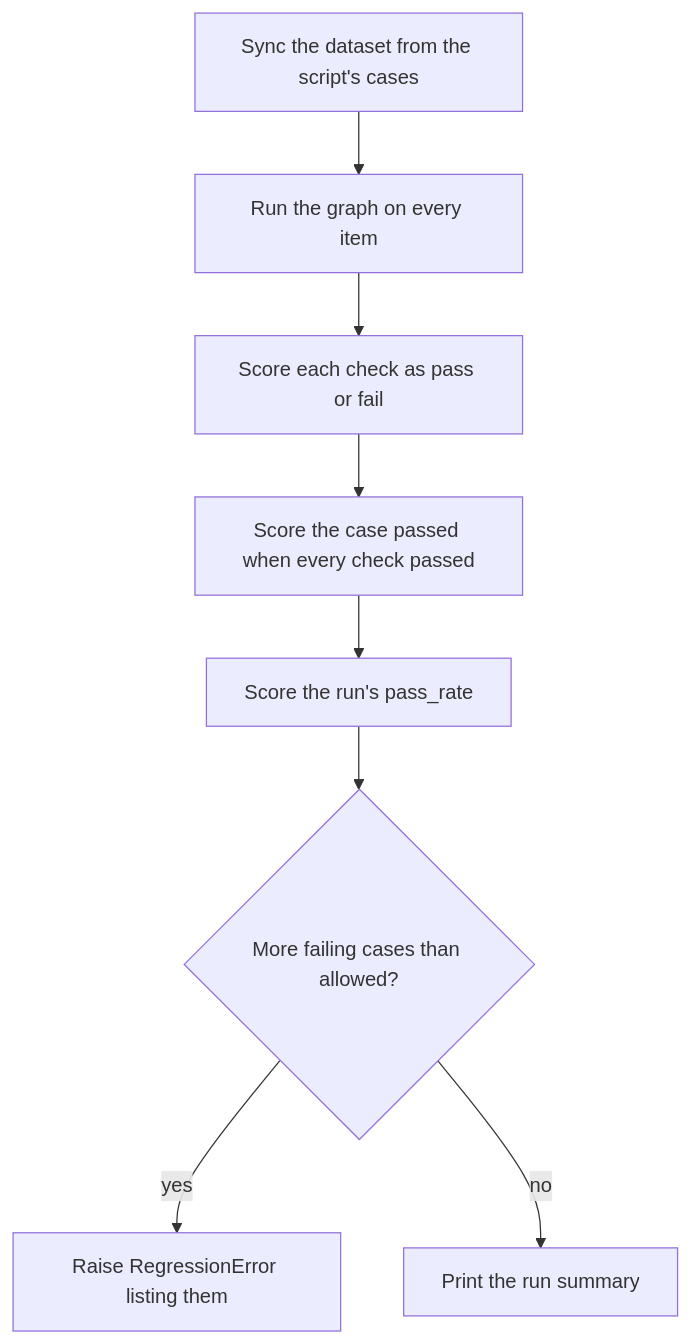
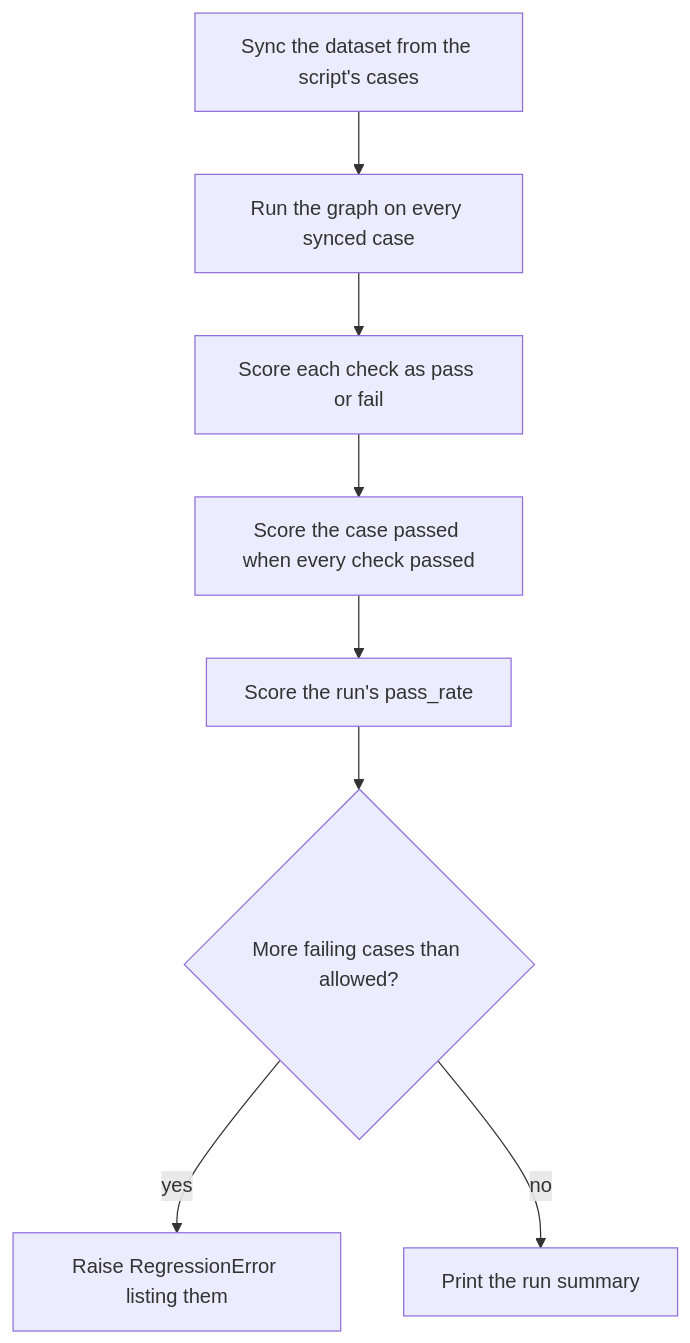
Before and after one commit to ilkersigirci/langgraph-openai-serve: the diagram in docs/demo/experiments.md, drawn with Mermaid. The commit also changed other lines of this file and 3 other files, not shown here.

Commit message:
feat: langfuse experiment robust dataset sync

````diff
--- a/docs/demo/experiments.md
+++ b/docs/demo/experiments.md
@@ -37,10 +37,10 @@
 ```mermaid
 flowchart TD
-  sync["Sync the dataset from the script's cases"] --> run["Run the graph on every item"]
+  sync["Sync the dataset from the script's cases"] --> run["Run the graph on every synced case"]
   run --> checks["Score each check as pass or fail"]
   checks --> passed["Score the case passed when every check passed"]
   passed --> rate["Score the run's pass_rate"]
   rate --> gate{"More failing cases than allowed?"}
   gate -->|"yes"| fail["Raise RegressionError listing them"]
   gate -->|"no"| done["Print the run summary"]
 ```
````
